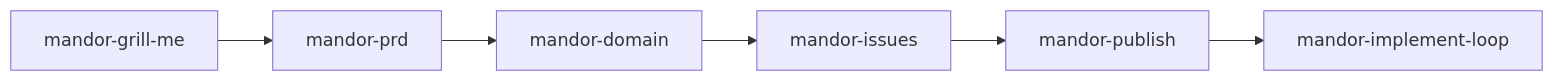
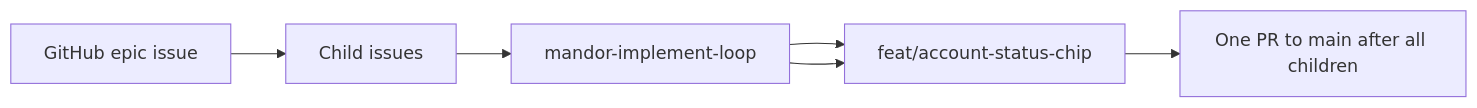
Before and after one commit to achmadya-dev/mandor-plate: the diagram in docs/examples/account-status-chip/README.md, drawn with Mermaid. The commit also changed other lines of this file and 10 other files, not shown here.

Commit message:
docs: simplify agent workflow around GitHub epics

````diff
--- a/docs/examples/account-status-chip/README.md
+++ b/docs/examples/account-status-chip/README.md
@@ -34,8 +19,8 @@
 ```mermaid
 flowchart LR
-  G[mandor-grill-me] --> P[mandor-prd]
-  P --> D[mandor-domain]
-  D --> I[mandor-issues]
-  I --> Pub[mandor-publish]
-  Pub --> L[mandor-implement-loop]
+  E[GitHub epic issue] --> C[Child issues]
+  C --> L[mandor-implement-loop]
+  L --> B[feat/account-status-chip]
+  B --> P[One PR to main after all children]
+  L --> B
 ```
````
